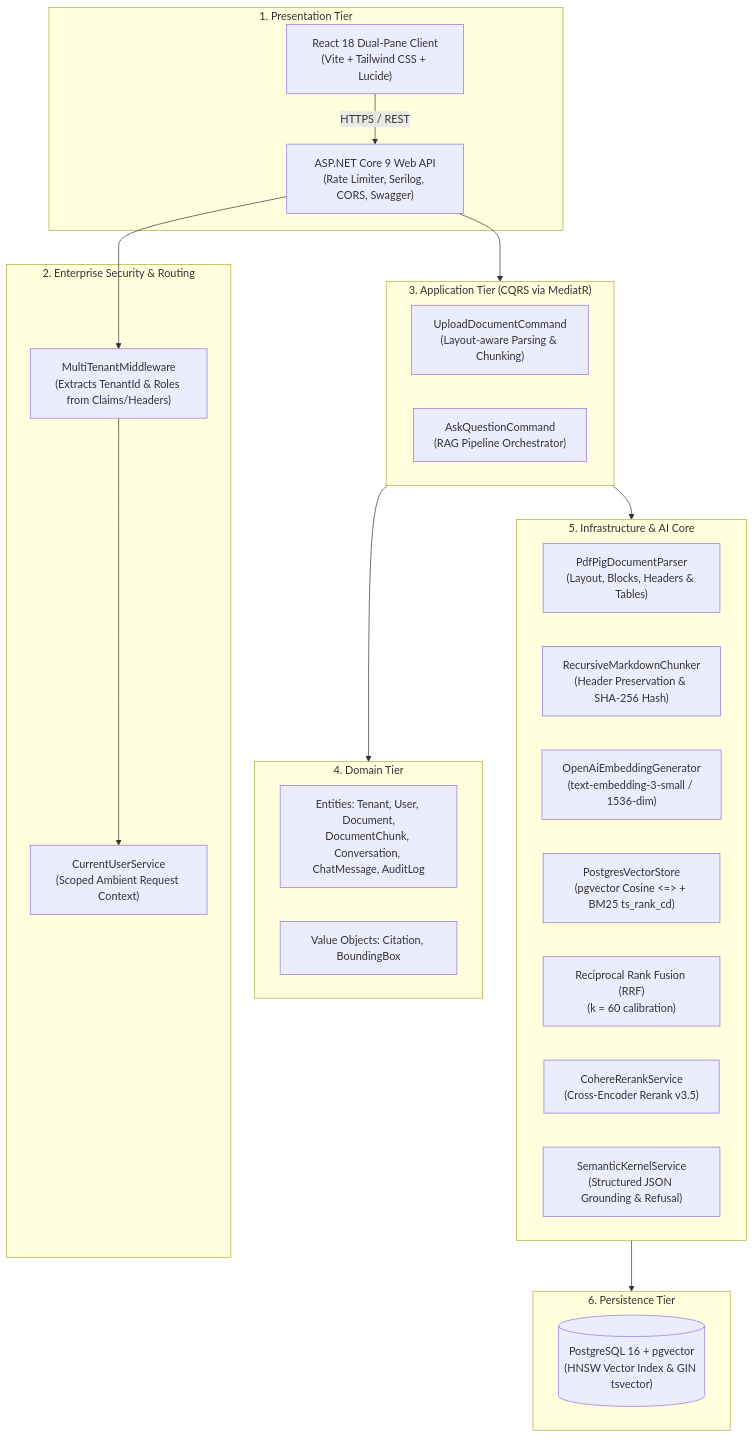
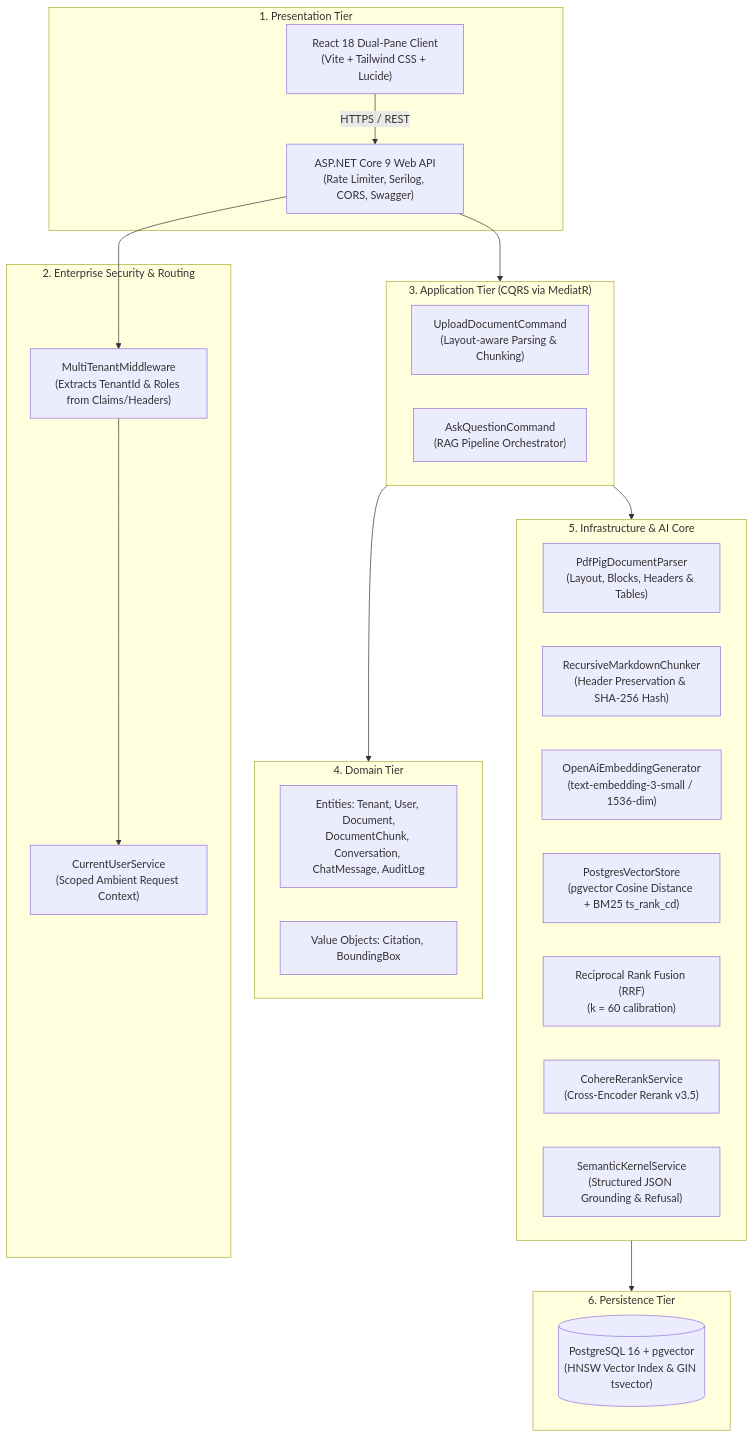
The first of 4 diagrams in README.md (MaheshSuranga/enterprise-knowledge-assistant), drawn with Mermaid before and after one commit. The commit also changed other lines of this file, not shown here.

Commit message:
docs: format mermaid diagrams and update terminology in README.md

````diff
--- a/README.md
+++ b/README.md
@@ -33,44 +33,44 @@
 ```mermaid
 flowchart TD
-    subgraph Presentation["1. Presentation Tier"]
+    subgraph Presentation ["1. Presentation Tier"]
         UI["React 18 Dual-Pane Client<br/>(Vite + Tailwind CSS + Lucide)"]
         API["ASP.NET Core 9 Web API<br/>(Rate Limiter, Serilog, CORS, Swagger)"]
     end
 
-    subgraph Security["2. Enterprise Security & Routing"]
+    subgraph Security ["2. Enterprise Security & Routing"]
         Middleware["MultiTenantMiddleware<br/>(Extracts TenantId & Roles from Claims/Headers)"]
         CurrentUser["CurrentUserService<br/>(Scoped Ambient Request Context)"]
     end
 
-    subgraph Application["3. Application Tier (CQRS via MediatR)"]
+    subgraph Application ["3. Application Tier (CQRS via MediatR)"]
         UploadCmd["UploadDocumentCommand<br/>(Layout-aware Parsing & Chunking)"]
         AskCmd["AskQuestionCommand<br/>(RAG Pipeline Orchestrator)"]
     end
 
-    subgraph Domain["4. Domain Tier"]
+    subgraph Domain ["4. Domain Tier"]
         Entities["Entities: Tenant, User, Document,<br/>DocumentChunk, Conversation, ChatMessage, AuditLog"]
         ValueObjects["Value Objects: Citation, BoundingBox"]
     end
 
-    subgraph Infrastructure["5. Infrastructure & AI Core"]
+    subgraph Infrastructure ["5. Infrastructure & AI Core"]
         Parser["PdfPigDocumentParser<br/>(Layout, Blocks, Headers & Tables)"]
         Chunker["RecursiveMarkdownChunker<br/>(Header Preservation & SHA-256 Hash)"]
         Embedder["OpenAiEmbeddingGenerator<br/>(text-embedding-3-small / 1536-dim)"]
-        VecStore["PostgresVectorStore<br/>(pgvector Cosine <=> + BM25 ts_rank_cd)"]
+        VecStore["PostgresVectorStore<br/>(pgvector Cosine Distance + BM25 ts_rank_cd)"]
         Fusion["Reciprocal Rank Fusion (RRF)<br/>(k = 60 calibration)"]
         Reranker["CohereRerankService<br/>(Cross-Encoder Rerank v3.5)"]
         SK["SemanticKernelService<br/>(Structured JSON Grounding & Refusal)"]
     end
 
-    subgraph Storage["6. Persistence Tier"]
+    subgraph Storage ["6. Persistence Tier"]
         DB[("PostgreSQL 16 + pgvector<br/>(HNSW Vector Index & GIN tsvector)")]
     end
 
     UI -->|HTTPS / REST| API
     API --> Middleware
     Middleware --> CurrentUser
     API --> Application
     Application --> Domain
     Application --> Infrastructure
     Infrastructure --> Storage
 ```
````
